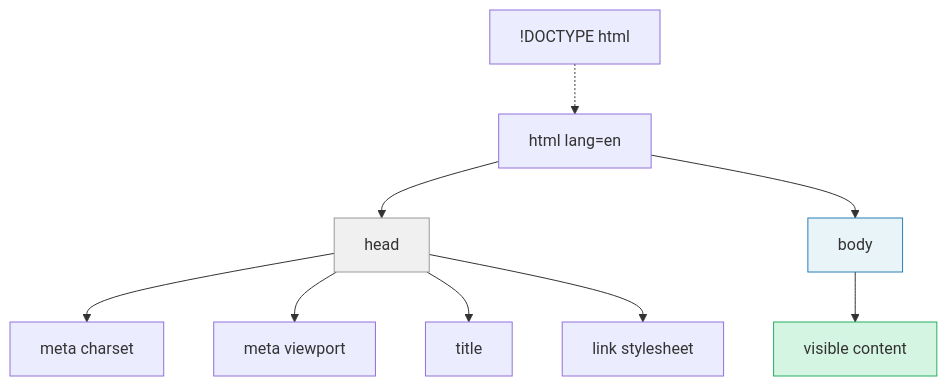
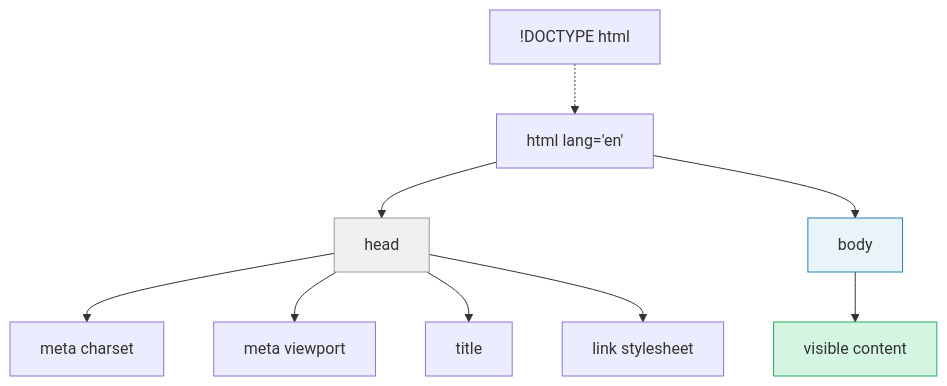
Before and after one commit to Kaleidosium/modern-html-and-css-for-artists: the diagram in ch03-first-html-page.md, drawn with Mermaid. The commit also changed 26 other files, not shown here.

````diff
--- a/ch03-first-html-page.md
+++ b/ch03-first-html-page.md
@@ -34,25 +34,25 @@
 ```mermaid
 graph TD
     DOCTYPE["!DOCTYPE html"]
-    HTML["html lang="en""]
+    HTML["html lang='en'"]
     HEAD["head"]
     BODY["body"]
     META1["meta charset"]
     META2["meta viewport"]
     TITLE["title"]
     LINK["link stylesheet"]
     CONTENT["visible content"]
 
     DOCTYPE -.-> HTML
     HTML --> HEAD
     HTML --> BODY
     HEAD --> META1
     HEAD --> META2
     HEAD --> TITLE
     HEAD --> LINK
     BODY --> CONTENT
 
     style HEAD fill:#f0f0f0,stroke:#999
     style BODY fill:#e8f4f8,stroke:#2980b9
     style CONTENT fill:#d5f5e3,stroke:#27ae60
 ```
````
